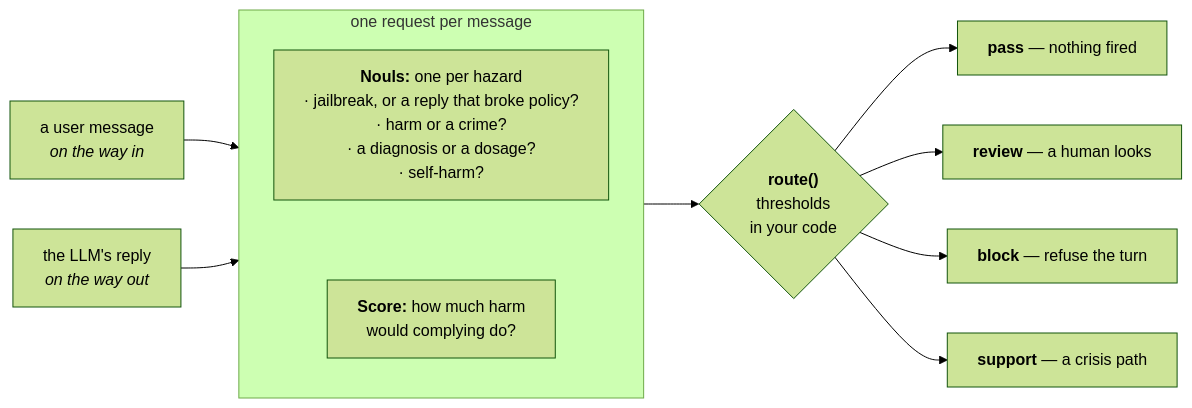
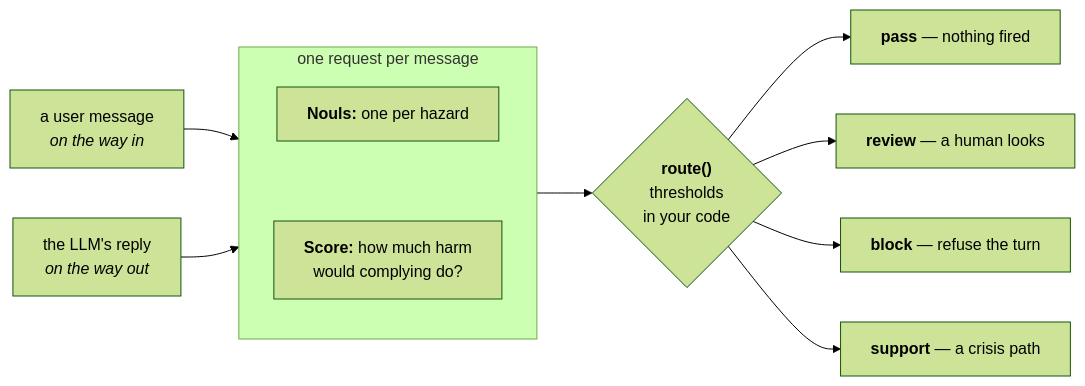
The diagram in docs/cookbooks/llm_guardrails.md (IamKrill1n/typesafe-docs), drawn with Mermaid (forest theme) before and after one commit. The commit also changed other lines of this file and 44 other files, not shown here.

````diff
--- a/docs/cookbooks/llm_guardrails.md
+++ b/docs/cookbooks/llm_guardrails.md
@@ -24,26 +25,26 @@
 ```mermaid actions={true}
   %%{init: {"flowchart": {"rankSpacing": 55, "wrappingWidth": 320}}}%%
 flowchart LR
     PIN["a user message<br/><i>on the way in</i>"] --> G
     POUT["the LLM's reply<br/><i>on the way out</i>"] --> G
 
     subgraph G["one request per message"]
         direction TB
-        N["<b>Nouls:</b> one per hazard<br/>· jailbreak, or a reply that broke policy?<br/>· harm or a crime?<br/>· a diagnosis or a dosage?<br/>· self-harm?"]
+        N["<b>Nouls:</b> one per hazard"]
         S["<b>Score:</b> how much harm<br/>would complying do?"]
         %% invisible link: without an edge these two share a rank, which in a TB
         %% subgraph puts them side by side instead of stacked
         N ~~~ S
     end
 
     G --> R{"<b>route()</b><br/>thresholds<br/>in your code"}
     R green_pass@--> P["<b>pass</b> &mdash; nothing fired"]
     R blue_review@--> V["<b>review</b> &mdash; a human looks"]
     R purple_block@--> B["<b>block</b> &mdash; refuse the turn"]
     R orange_support@--> U["<b>support</b> &mdash; a crisis path"]
     %% Branch colours (styles.css): node classes and green_/blue_/purple_/orange_ edge ids.
     class P neonGreen
     class V neonBlue
     class B neonPurple
     class U neonOrange
 ```
````
